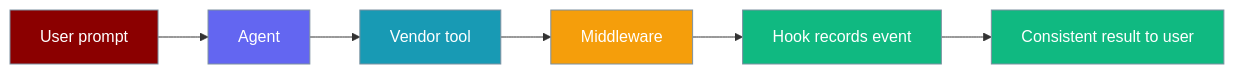
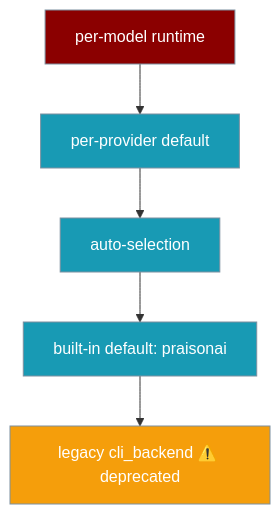
One commit to MervinPraison/PraisonAIDocs changed the third of 3 diagrams in docs/features/runtime-tool-result-middleware.mdx. Above: the diagram before and after it, drawn with Mermaid. The commit also changed other lines of this file, not shown here.

First line of the commit message:
docs: fix SDK accuracy — replace non-existent middleware API with actual runtime module docs (fixes #662)

````diff
--- a/docs/features/runtime-tool-result-middleware.mdx
+++ b/docs/features/runtime-tool-result-middleware.mdx
@@ -157,20 +131,15 @@
 ```mermaid
-graph LR
-    U[User prompt] --> A[Agent]
-    A --> V[Vendor tool]
-    V --> M[Middleware]
-    M --> H[Hook records event]
-    H --> R[Consistent result to user]
+graph TB
+    A[per-model runtime] --> B[per-provider default]
+    B --> C[auto-selection]
+    C --> D[built-in default: praisonai]
+    D --> E[legacy cli_backend ⚠️ deprecated]
 
-    classDef user fill:#8B0000,stroke:#7C90A0,color:#fff
-    classDef agent fill:#6366F1,stroke:#7C90A0,color:#fff
-    classDef vendor fill:#189AB4,stroke:#7C90A0,color:#fff
-    classDef mw fill:#F59E0B,stroke:#7C90A0,color:#fff
-    classDef hook fill:#10B981,stroke:#7C90A0,color:#fff
+    classDef active fill:#8B0000,stroke:#7C90A0,color:#fff
+    classDef step fill:#189AB4,stroke:#7C90A0,color:#fff
+    classDef legacy fill:#F59E0B,stroke:#7C90A0,color:#fff
 
-    class U user
-    class A agent
-    class V vendor
-    class M mw
-    class H,R hook
+    class A active
+    class B,C,D step
+    class E legacy
 ```
````
